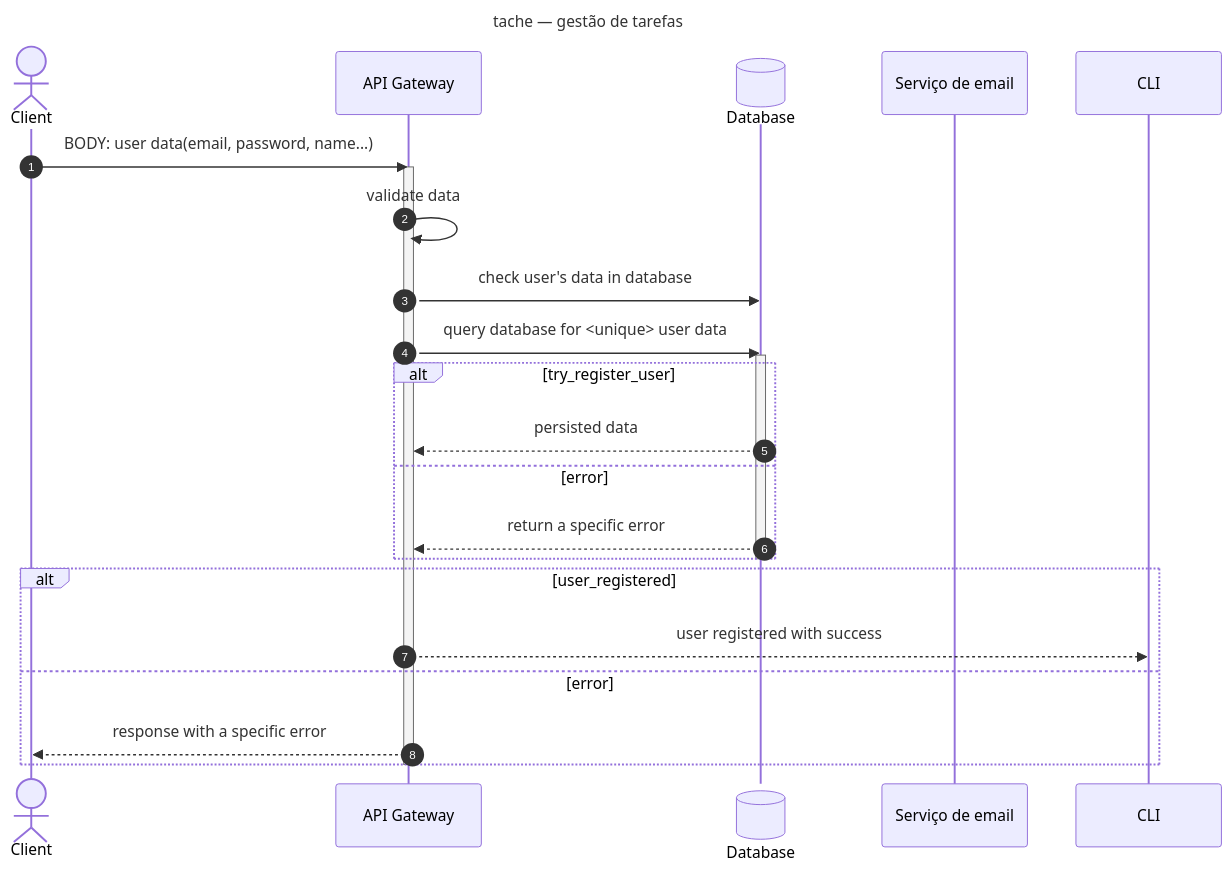
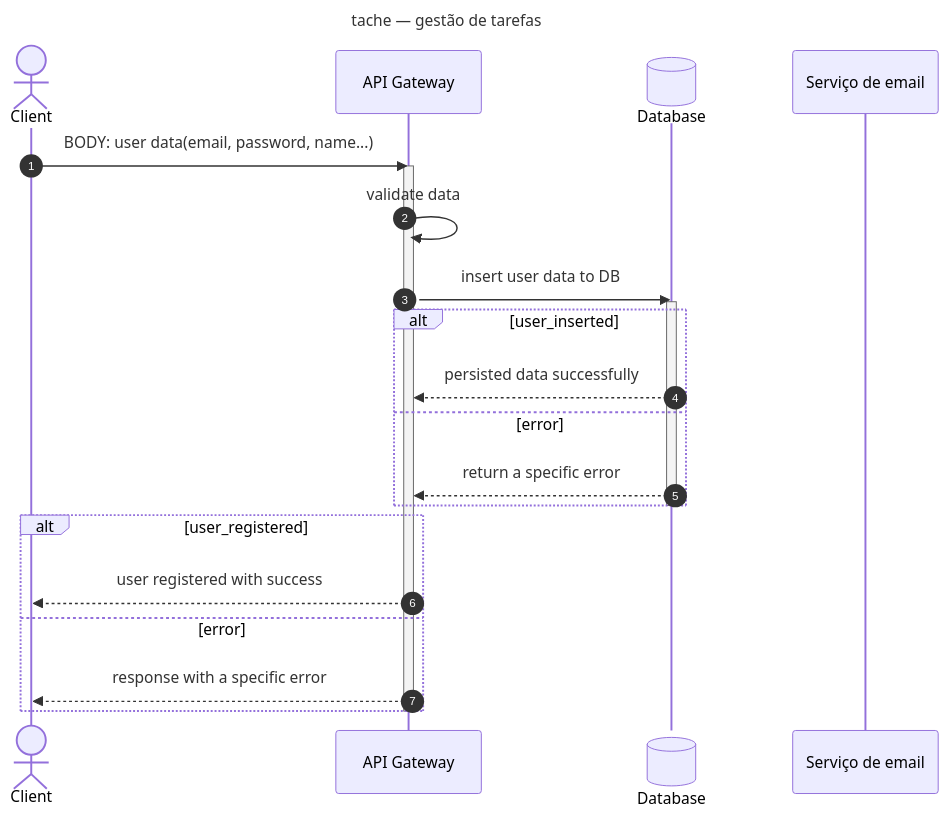
The diagram in docs/sequences/signup.md (fevunge/tache-api), drawn with Mermaid before and after one commit.

Commit message:
docs: update signup sequence diagram to reflect direct user insertion

````diff
--- a/docs/sequences/signup.md
+++ b/docs/sequences/signup.md
@@ -1,28 +1,27 @@
 ```mermaid
 sequenceDiagram
     title: tache — gestão de tarefas
     autonumber
     actor Client
     participant API as API Gateway
     participant DB@{ "type" : "database" } as Database
     participant Email as Serviço de email
 
     Client ->> API: BODY: user data(email, password, name...)
     activate API
     API ->> API: validate data
-    API ->> DB:  check user's data in database
-    API ->> DB: query database for <unique> user data
+    API ->> DB:  insert user data to DB
     activate DB
-    alt try_register_user
-        DB -->> API: persisted data
+    alt user_inserted
+        DB -->> API: persisted data successfully
     else error
         DB -->> API: return a specific error
     end
     deactivate DB
     alt user_registered
-        API -->> CLI: user registered with success
+        API -->> Client: user registered with success
     else error
         API -->> Client: response with a specific error
     end
     deactivate API
 ```
````
